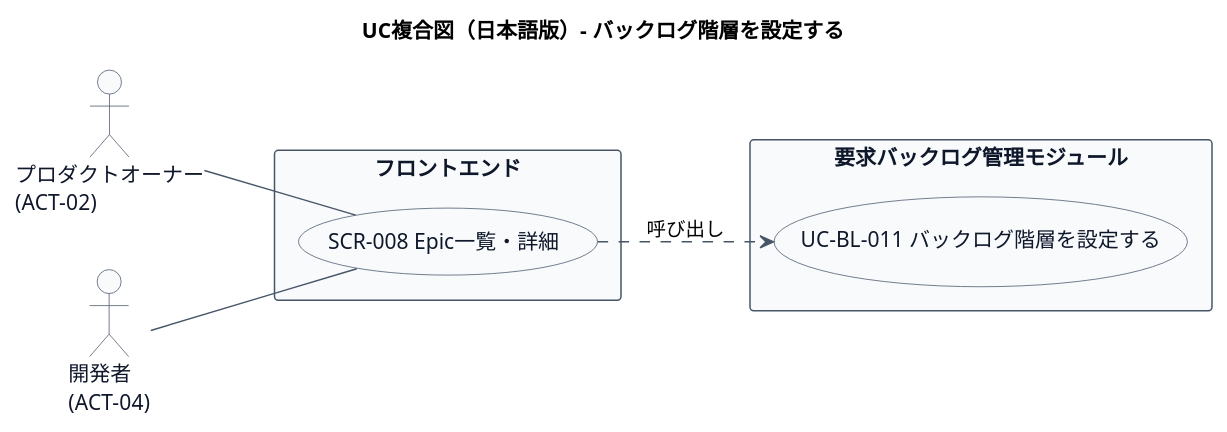
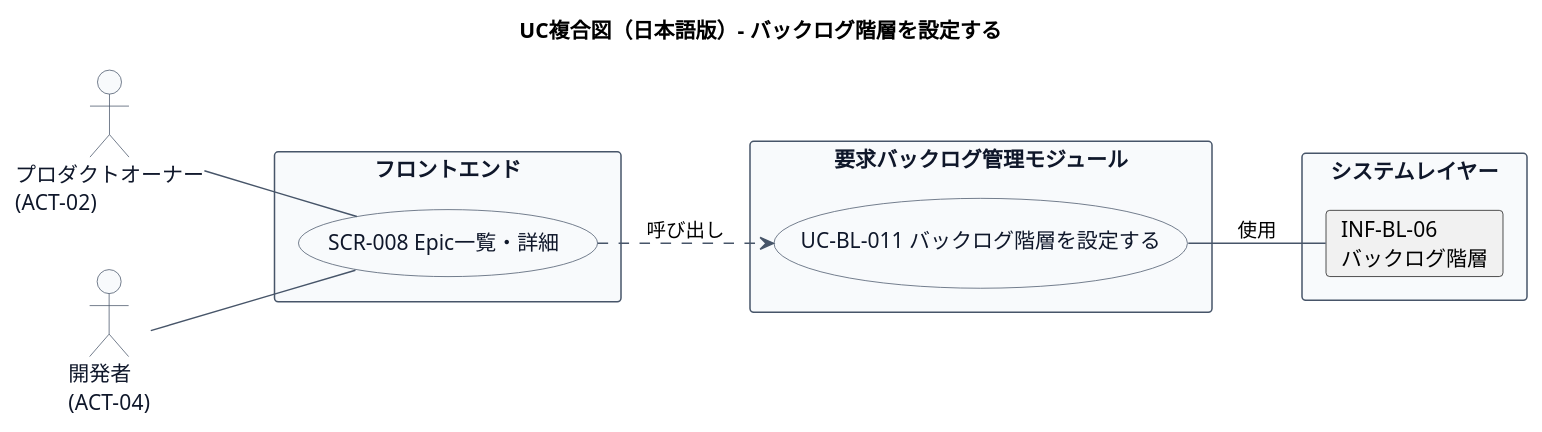
Before and after one commit to mizo432/modulith-learning: the second of 2 diagrams in docs/22 要件定義書/AG アジルーム/03 機能要件/AG-02 要求バックログ管理/03.システム境界/UC-BL-011 バックログ階層を設定する/UC複合図.md, drawn with PlantUML. The commit also changed other lines of this file and 209 other files, not shown here.

````diff
--- a/docs/22 要件定義書/AG アジルーム/03 機能要件/AG-02 要求バックログ管理/03.システム境界/UC-BL-011 バックログ階層を設定する/UC複合図.md
+++ b/docs/22 要件定義書/AG アジルーム/03 機能要件/AG-02 要求バックログ管理/03.システム境界/UC-BL-011 バックログ階層を設定する/UC複合図.md
@@ -52,38 +57,43 @@
 ```plantuml
 title UC複合図（日本語版）- バックログ階層を設定する
 left to right direction
 
 skinparam usecase {
   BackgroundColor #F8FAFC
   BorderColor #475569
   FontColor #0F172A
 }
 skinparam actor {
   BackgroundColor #F8FAFC
   BorderColor #475569
   FontColor #0F172A
 }
 skinparam rectangle {
   BackgroundColor #F8FAFC
   BorderColor #475569
   FontColor #0F172A
 }
 skinparam arrowColor #475569
 skinparam shadowing false
 
 actor "プロダクトオーナー\n(ACT-02)" as ACT1
 actor "開発者\n(ACT-04)" as ACT2
 
 rectangle "フロントエンド" {
   usecase "SCR-008 Epic一覧・詳細" as SCR
 }
 
 rectangle "要求バックログ管理モジュール" {
   usecase "UC-BL-011 バックログ階層を設定する" as UC
 }
 
+rectangle "システムレイヤー" {
+  card "INF-BL-06\nバックログ階層" as INF06
+}
+
 ACT1 -- SCR
 ACT2 -- SCR
 SCR ..> UC : 呼び出し
+UC -- INF06 : 使用
 @enduml
 ```
````
